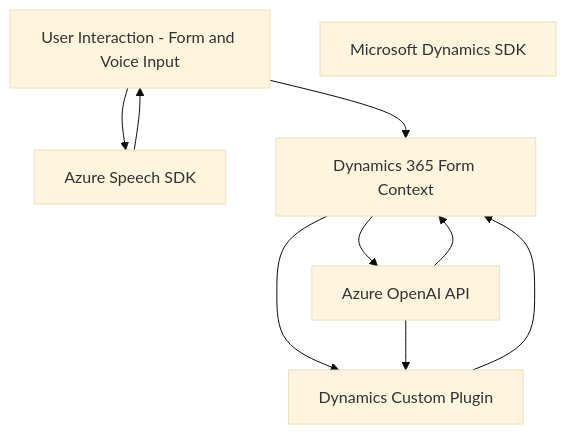
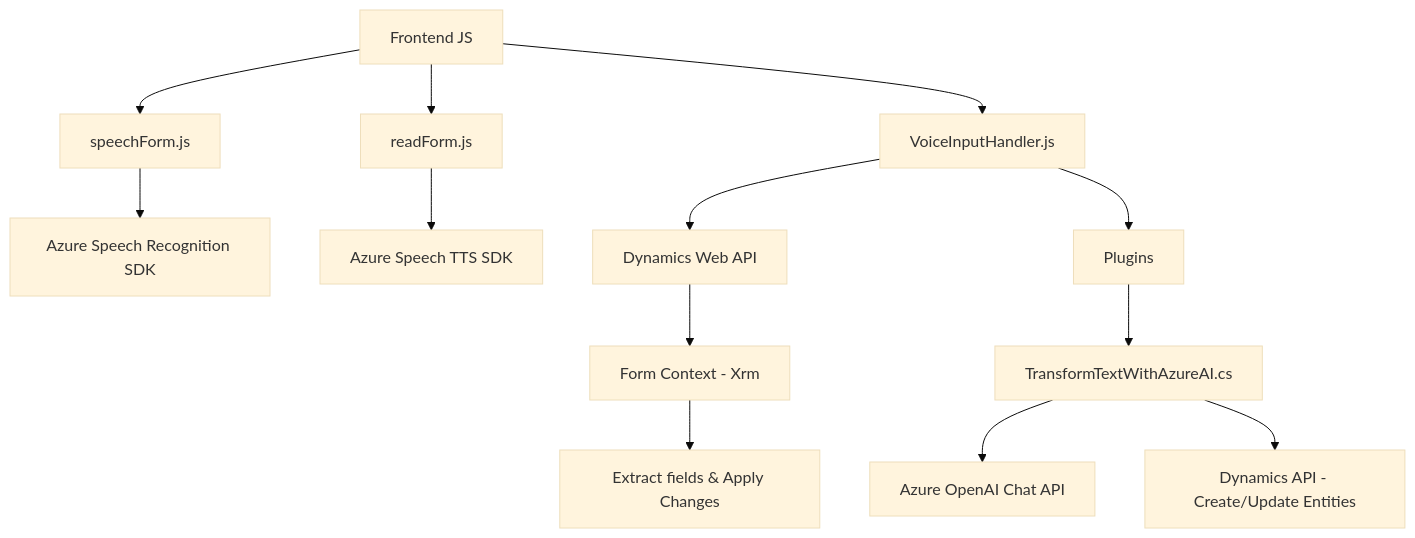
One commit to blopezdm/NETCORE_BILBAO2025 changed the diagram in README.md. Above: the diagram before and after it, drawn with Mermaid (base theme). The commit also changed other lines of this file, not shown here.

````diff
--- a/README.md
+++ b/README.md
@@ -45,18 +31,15 @@
 ```mermaid
 graph TD
-    A["User Interaction - Form and Voice Input"]
-    B["Azure Speech SDK"]
-    C["Dynamics 365 Form Context"]
-    D["Azure OpenAI API"]
-    E["Dynamics Custom Plugin"]
-    F["Microsoft Dynamics SDK"]
-
-    A --> B
-    A --> C
-    C --> E
-    C --> D
-    B --> A
-    E --> C
-    D --> E
-    D --> C
+    A["Frontend JS"] --> B["speechForm.js"]
+    A --> C["readForm.js"]
+    A --> D["VoiceInputHandler.js"]
+    B --> E["Azure Speech Recognition SDK"]
+    D --> F["Dynamics Web API"]
+    F --> G["Form Context - Xrm"]
+    C --> H["Azure Speech TTS SDK"]
+    G --> I["Extract fields & Apply Changes"]
+    sub1["Plugins"] --> J["TransformTextWithAzureAI.cs"]
+    J --> K["Azure OpenAI Chat API"]
+    J --> L["Dynamics API - Create/Update Entities"]
+    D --> sub1
 ```
````
